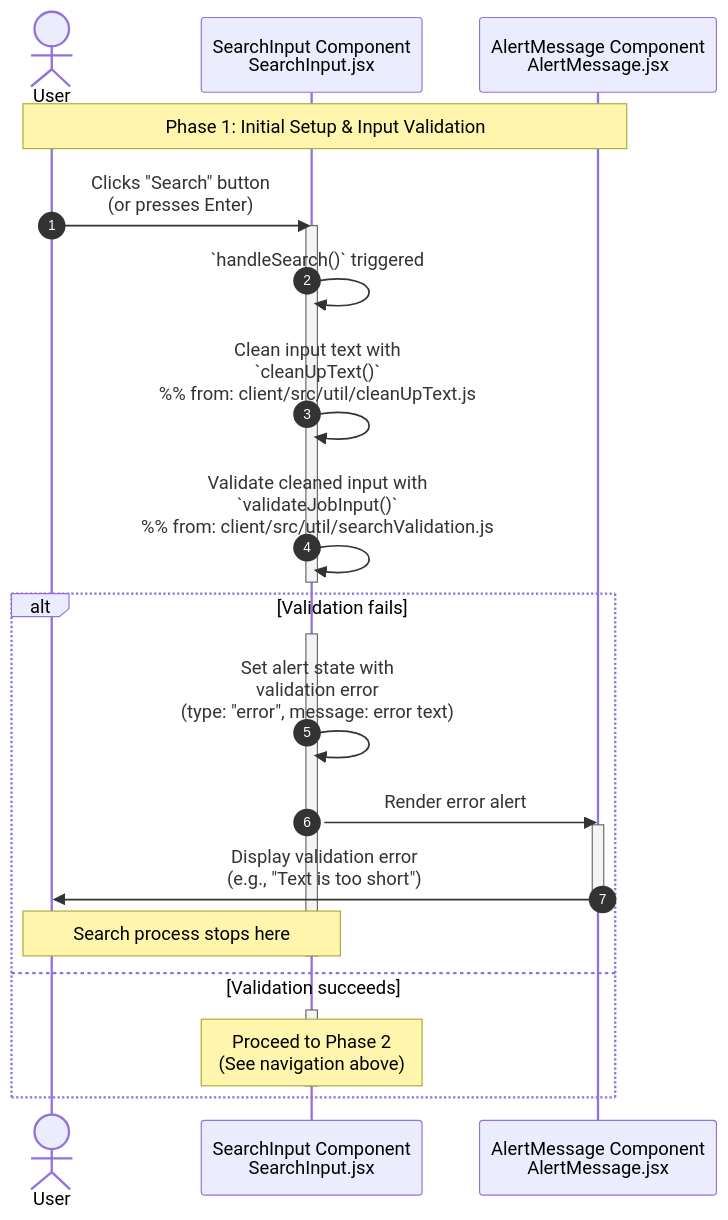
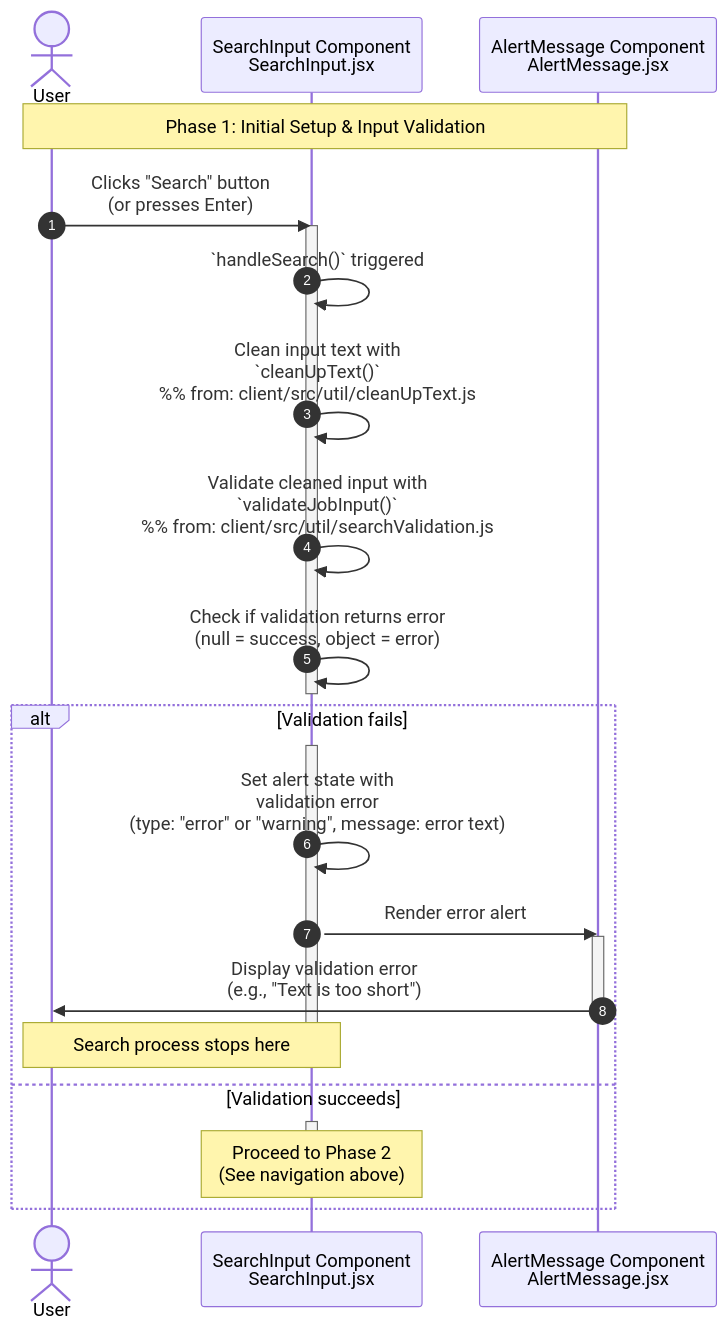
Before and after one commit to YahyaAl-Ademi/2025.10.23-JobCompass: the diagram in documentation/jobFetch/1.Initial Setup & Input Validation.md, drawn with Mermaid. The commit also changed other lines of this file and 7 other files, not shown here.

Commit message:
feat: enhance documentation with detailed job search architecture, caching strategies, and response delivery processes

````diff
--- a/documentation/jobFetch/1.Initial Setup & Input Validation.md
+++ b/documentation/jobFetch/1.Initial Setup & Input Validation.md
@@ -7,33 +7,34 @@
 ```mermaid
 sequenceDiagram
     autonumber
     actor User
     %% File paths:
     %% SearchInput: client/src/components/SearchInput/SearchInput.jsx
     %% AlertMessage: client/src/components/AlertMessage/AlertMessage.jsx
     participant SearchInput as SearchInput Component<br/>SearchInput.jsx
     participant AlertMessage as AlertMessage Component<br/>AlertMessage.jsx
 
     Note over User,AlertMessage: Phase 1: Initial Setup & Input Validation
     User->>SearchInput: Clicks "Search" button<br/>(or presses Enter)
     activate SearchInput
     SearchInput->>SearchInput: `handleSearch()` triggered
     SearchInput->>SearchInput: Clean input text with<br/>`cleanUpText()`<br/>%% from: client/src/util/cleanUpText.js
     SearchInput->>SearchInput: Validate cleaned input with<br/>`validateJobInput()`<br/>%% from: client/src/util/searchValidation.js
+    SearchInput->>SearchInput: Check if validation returns error<br/>(null = success, object = error)
     deactivate SearchInput
 
     alt Validation fails
         activate SearchInput
-        SearchInput->>SearchInput: Set alert state with<br/>validation error<br/>(type: "error", message: error text)
+        SearchInput->>SearchInput: Set alert state with<br/>validation error<br/>(type: "error" or "warning", message: error text)
         SearchInput->>AlertMessage: Render error alert
         activate AlertMessage
         AlertMessage->>User: Display validation error<br/>(e.g., "Text is too short")
         deactivate AlertMessage
         Note over SearchInput,User: Search process stops here
         deactivate SearchInput
     else Validation succeeds
         activate SearchInput
         Note over SearchInput: Proceed to Phase 2<br/>(See navigation above)
         deactivate SearchInput
     end
 ```
````
